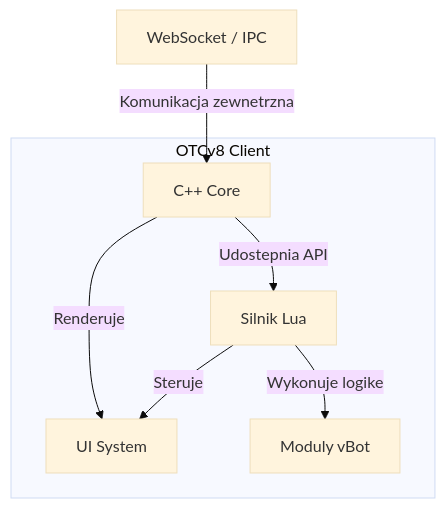
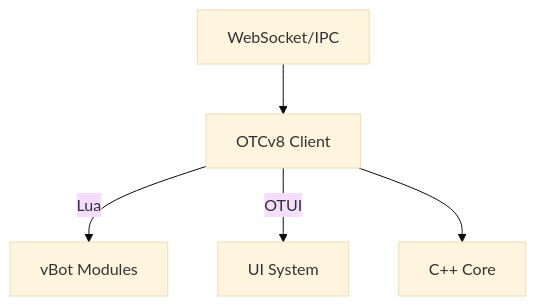
The diagram in docs/guides/architecture.md (lukaszj321/otcv8-dev), drawn with Mermaid (base theme) before and after one commit. The commit also changed other lines of this file and 127 other files, not shown here.

````diff
--- a/docs/guides/architecture.md
+++ b/docs/guides/architecture.md
@@ -5,16 +3,8 @@
 ```mermaid
 graph TD
-    CppCore[C++ Core]
-    UI[UI System]
-    vBot[Moduly vBot]
-    WS[WebSocket / IPC]
+  Client[OTCv8 Client] -->|Lua| vBot[vBot Modules]
+  Client -->|OTUI| UI[UI System]
+  Client --> CppCore[C++ Core]
+  WS[WebSocket/IPC] --> Client
 
-    subgraph "OTCv8 Client"
-        CppCore -->|Udostepnia API| LuaEngine[Silnik Lua]
-        LuaEngine -->|Wykonuje logike| vBot
-        CppCore -->|Renderuje| UI
-        LuaEngine -->|Steruje| UI
-    end
-
-    WS -->|Komunikacja zewnetrzna| CppCore
 ```
````
